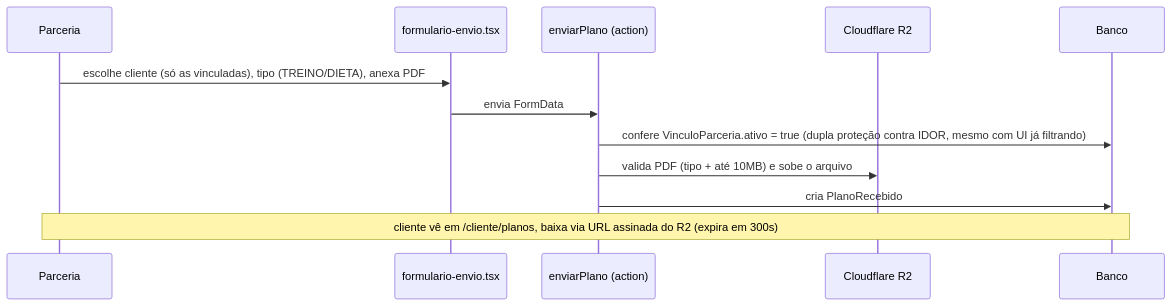
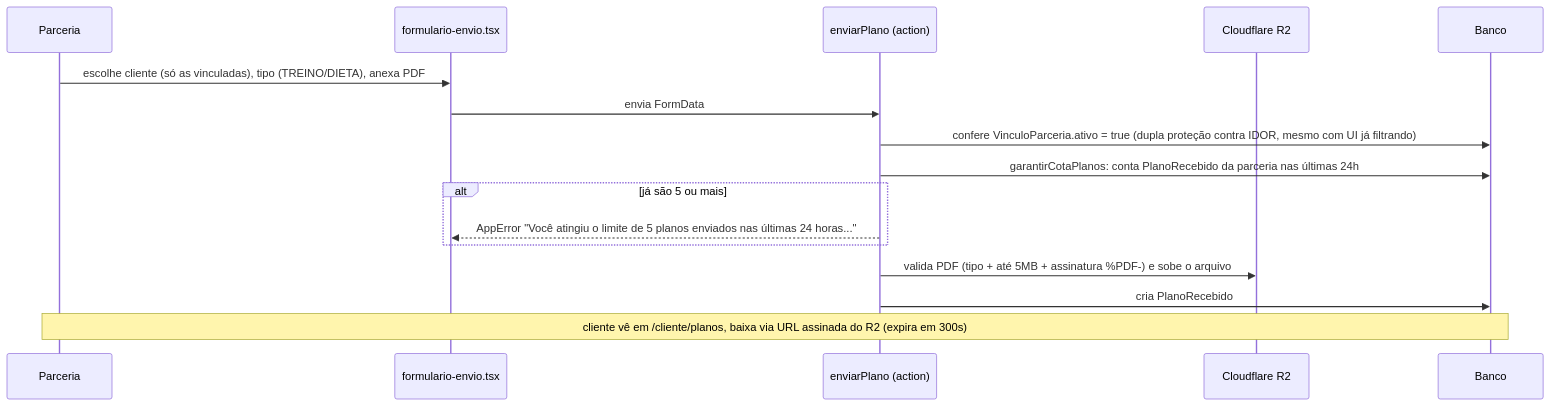
Before and after one commit to Willsmt/comunidade-belle-et-belle: the second of 2 diagrams in docs/features/parcerias.md, drawn with Mermaid. The commit also changed other lines of this file and 5 other files, not shown here.

````diff
--- a/docs/features/parcerias.md
+++ b/docs/features/parcerias.md
@@ -52,15 +53,19 @@
 ```mermaid
 sequenceDiagram
     participant Pa as Parceria
     participant F as formulario-envio.tsx
     participant A as enviarPlano (action)
     participant R2 as Cloudflare R2
     participant DB as Banco
 
     Pa->>F: escolhe cliente (só as vinculadas), tipo (TREINO/DIETA), anexa PDF
     F->>A: envia FormData
     A->>DB: confere VinculoParceria.ativo = true (dupla proteção contra IDOR, mesmo com UI já filtrando)
-    A->>R2: valida PDF (tipo + até 10MB) e sobe o arquivo
+    A->>DB: garantirCotaPlanos: conta PlanoRecebido da parceria nas últimas 24h
+    alt já são 5 ou mais
+        A-->>F: AppError "Você atingiu o limite de 5 planos enviados nas últimas 24 horas..."
+    end
+    A->>R2: valida PDF (tipo + até 5MB + assinatura %PDF-) e sobe o arquivo
     A->>DB: cria PlanoRecebido
     Note over Pa,DB: cliente vê em /cliente/planos, baixa via URL assinada do R2 (expira em 300s)
 ```
````
